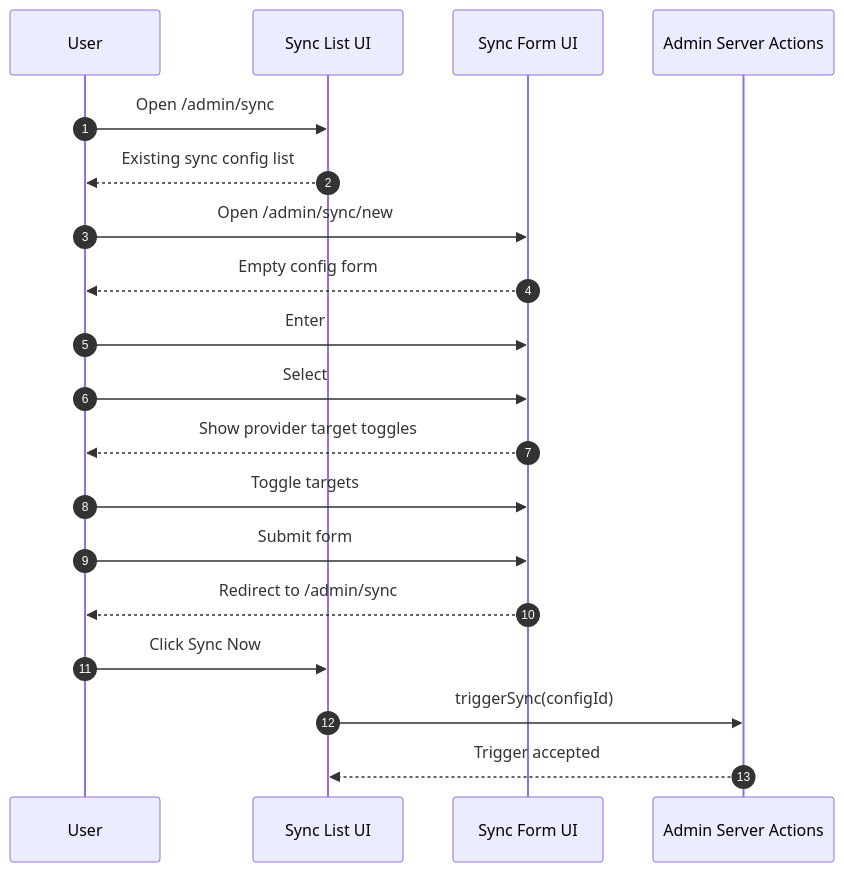
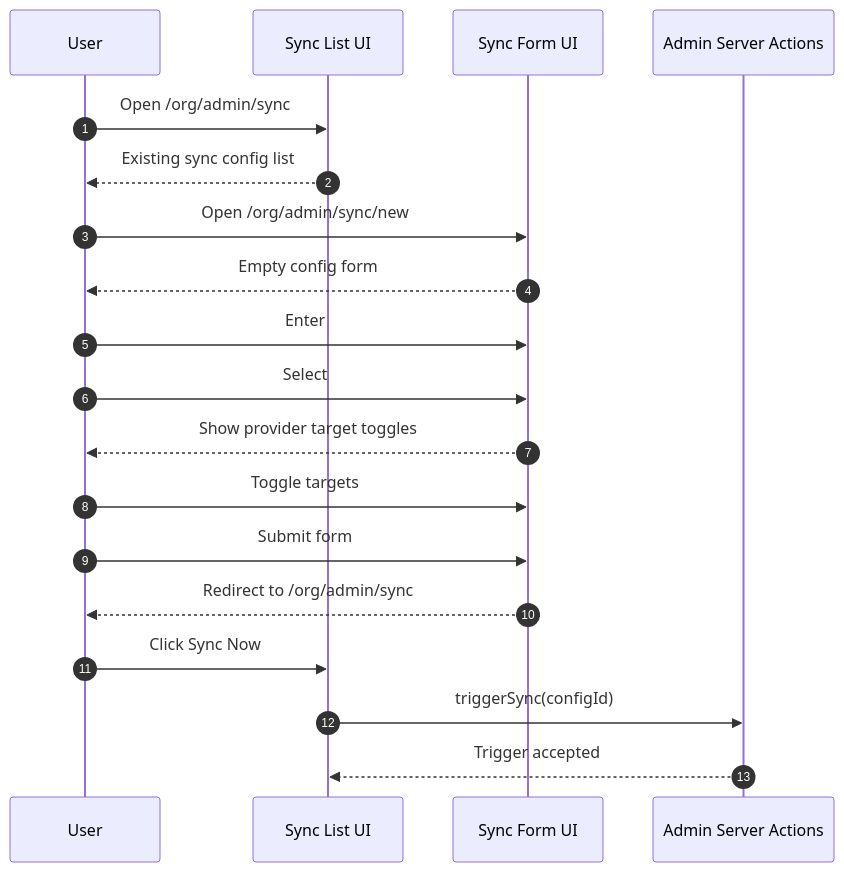
One commit to full-chaos/dev-health-web changed the second of 6 diagrams in docs/testing/e2e-specs/account-admin.md. Above: the diagram before and after it, drawn with Mermaid. The commit also changed other lines of this file and 14 other files, not shown here.

````diff
--- a/docs/testing/e2e-specs/account-admin.md
+++ b/docs/testing/e2e-specs/account-admin.md
@@ -98,21 +98,21 @@
 ```mermaid
 sequenceDiagram
     autonumber
     participant U as User
     participant L as Sync List UI
     participant F as Sync Form UI
     participant SA as Admin Server Actions
-    U->>L: Open /admin/sync
+    U->>L: Open /org/admin/sync
     L-->>U: Existing sync config list
-    U->>F: Open /admin/sync/new
+    U->>F: Open /org/admin/sync/new
     F-->>U: Empty config form
     U->>F: Enter #name
     U->>F: Select #provider and #credential_id
     F-->>U: Show provider target toggles
     U->>F: Toggle targets
     U->>F: Submit form
-    F-->>U: Redirect to /admin/sync
+    F-->>U: Redirect to /org/admin/sync
     U->>L: Click Sync Now
     L->>SA: triggerSync(configId)
     SA-->>L: Trigger accepted
 ```
````
